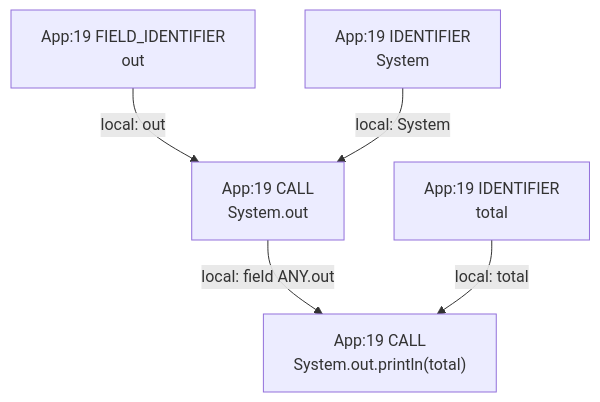
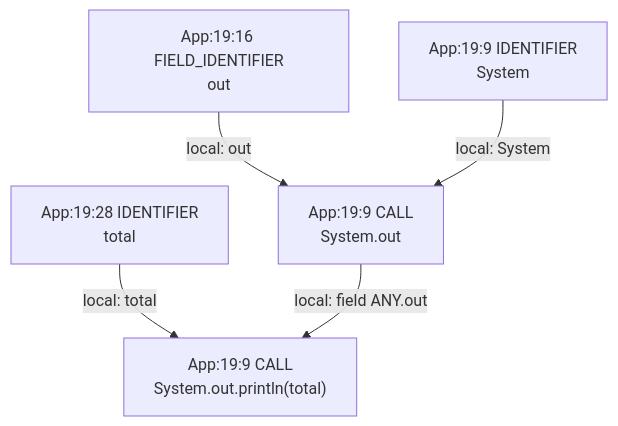
One commit to gstiebler/codeflow changed the diagram in app/src/test/resources/unwrittenLocal/spike-truth.md. Above: the diagram before and after it, drawn with Mermaid. The commit also changed 154 other files, not shown here.

````diff
--- a/app/src/test/resources/unwrittenLocal/spike-truth.md
+++ b/app/src/test/resources/unwrittenLocal/spike-truth.md
@@ -3,12 +3,12 @@
 ```mermaid
 flowchart TD
-  n0["App:19 CALL<br/>System.out"]
-  n1["App:19 CALL<br/>System.out.println(total)"]
-  n2["App:19 FIELD_IDENTIFIER<br/>out"]
-  n3["App:19 IDENTIFIER<br/>System"]
-  n4["App:19 IDENTIFIER<br/>total"]
-  n0 -->|"local: field ANY.out"| n1
-  n2 -->|"local: out"| n0
-  n3 -->|"local: System"| n0
-  n4 -->|"local: total"| n1
+  n0["App:19:16 FIELD_IDENTIFIER<br/>out"]
+  n1["App:19:28 IDENTIFIER<br/>total"]
+  n2["App:19:9 CALL<br/>System.out"]
+  n3["App:19:9 CALL<br/>System.out.println(total)"]
+  n4["App:19:9 IDENTIFIER<br/>System"]
+  n0 -->|"local: out"| n2
+  n1 -->|"local: total"| n3
+  n2 -->|"local: field ANY.out"| n3
+  n4 -->|"local: System"| n2
 ```
````
